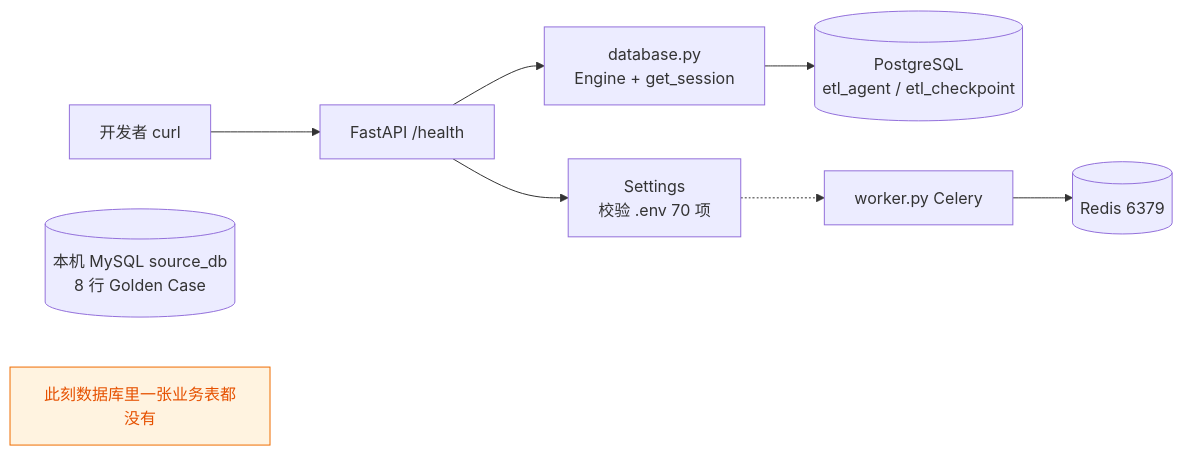
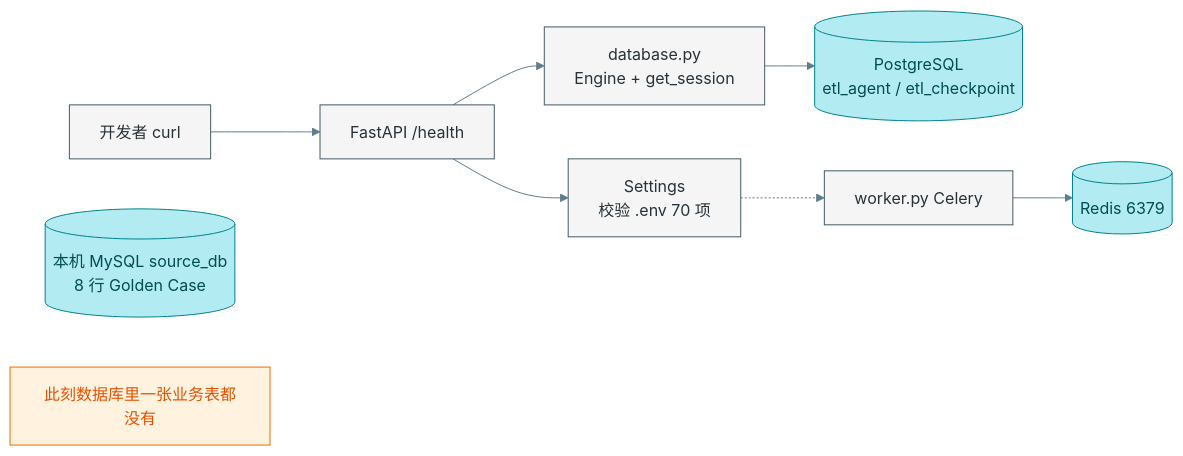
One commit to ciwuzhi1/etl_agent_demo changed the second of 9 diagrams in docs/实现步骤与架构图.md. Above: the diagram before and after it, drawn with Mermaid. The commit also changed other lines of this file and 65 other files, not shown here.

````diff
--- a/docs/实现步骤与架构图.md
+++ b/docs/实现步骤与架构图.md
@@ -114,13 +147,15 @@
 ```mermaid
+%%{init: {'theme':'base', 'themeVariables': {'background':'#ffffff','primaryColor':'#f5f5f5','primaryBorderColor':'#455a64','primaryTextColor':'#263238','secondaryColor':'#e8f5e9','tertiaryColor':'#e3f2fd','lineColor':'#607d8b','edgeLabelBackground':'#ffffff','actorBkg':'#f5f5f5','actorBorder':'#455a64','actorTextColor':'#263238','signalColor':'#37474f','signalTextColor':'#263238','labelBoxBkgColor':'#eceff1','labelTextColor':'#263238','noteBkgColor':'#fff9c4','noteBorderColor':'#f9a825','noteTextColor':'#5d4037','sequenceNumberColor':'#ffffff'}}}%%
 flowchart LR
     DEV["开发者 curl"] --> API["FastAPI /health"]
     API --> CFG["Settings<br/>校验 .env 70 项"]
     API --> DB["database.py<br/>Engine + get_session"]
-    DB --> PG[("PostgreSQL<br/>etl_agent / etl_checkpoint")]
-    W["worker.py Celery"] --> RD[("Redis 6379")]
+    DB --> PG[("PostgreSQL<br/>etl_agent / etl_checkpoint")]:::store
+    W["worker.py Celery"] --> RD[("Redis 6379")]:::store
     CFG -.-> W
-    MYSQL[("本机 MySQL source_db<br/>8 行 Golden Case")]
+    MYSQL[("本机 MySQL source_db<br/>8 行 Golden Case")]:::store
     NOTE["此刻数据库里一张业务表都没有"]:::note
 
     classDef note fill:#fff3e0,stroke:#ef6c00,color:#e65100;
+    classDef store fill:#b2ebf2,stroke:#00838f,color:#004d52;
 ```
````
